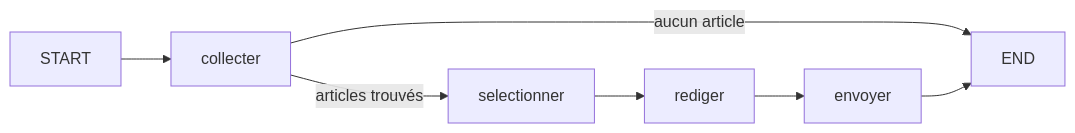
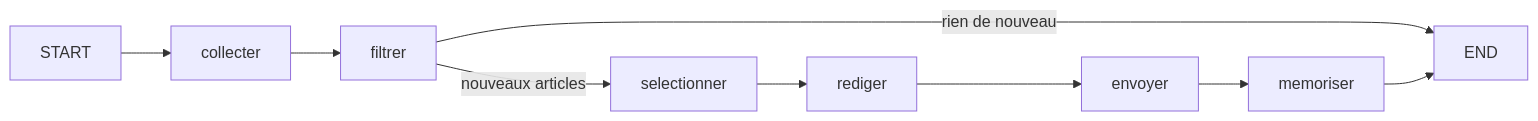
Before and after one commit to MatthAkl/agent-veille: the diagram in README.md, drawn with Mermaid. The commit also changed other lines of this file, not shown here.

````diff
--- a/README.md
+++ b/README.md
@@ -14,9 +14,11 @@
 ```mermaid
 graph LR
     A[START] --> B[collecter]
-    B -->|articles trouvés| C[selectionner]
-    B -->|aucun article| F[END]
-    C --> D[rediger]
-    D --> E[envoyer]
-    E --> F
+    B --> C[filtrer]
+    C -->|nouveaux articles| D[selectionner]
+    C -->|rien de nouveau| G[END]
+    D --> E[rediger]
+    E --> F[envoyer]
+    F --> H[memoriser]
+    H --> G
 ```
````
